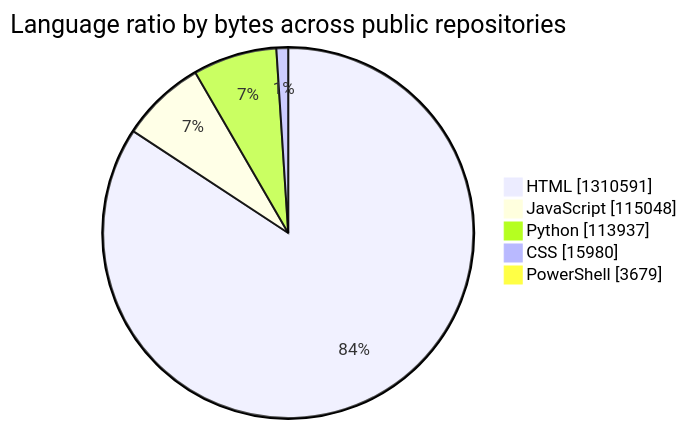
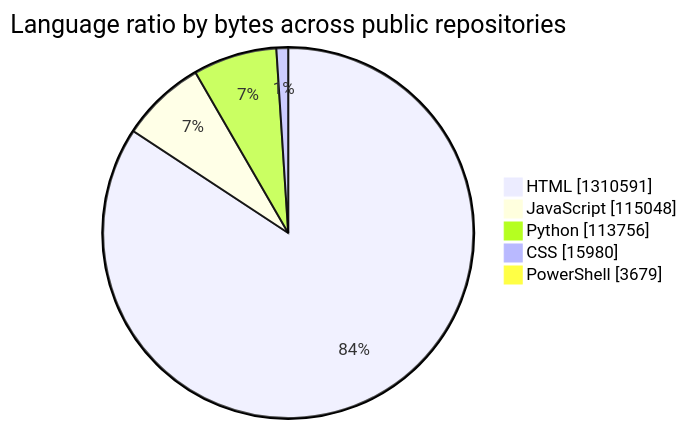
Before and after one commit to tchinso/tchinso: the first of 2 diagrams in README.md, drawn with Mermaid. The commit also changed other lines of this file, not shown here.

````diff
--- a/README.md
+++ b/README.md
@@ -22,9 +22,9 @@
 ```mermaid
 pie showData
     title Language ratio by bytes across public repositories
     "HTML" : 1310591
     "JavaScript" : 115048
-    "Python" : 113937
+    "Python" : 113756
     "CSS" : 15980
     "PowerShell" : 3679
 ```
````
